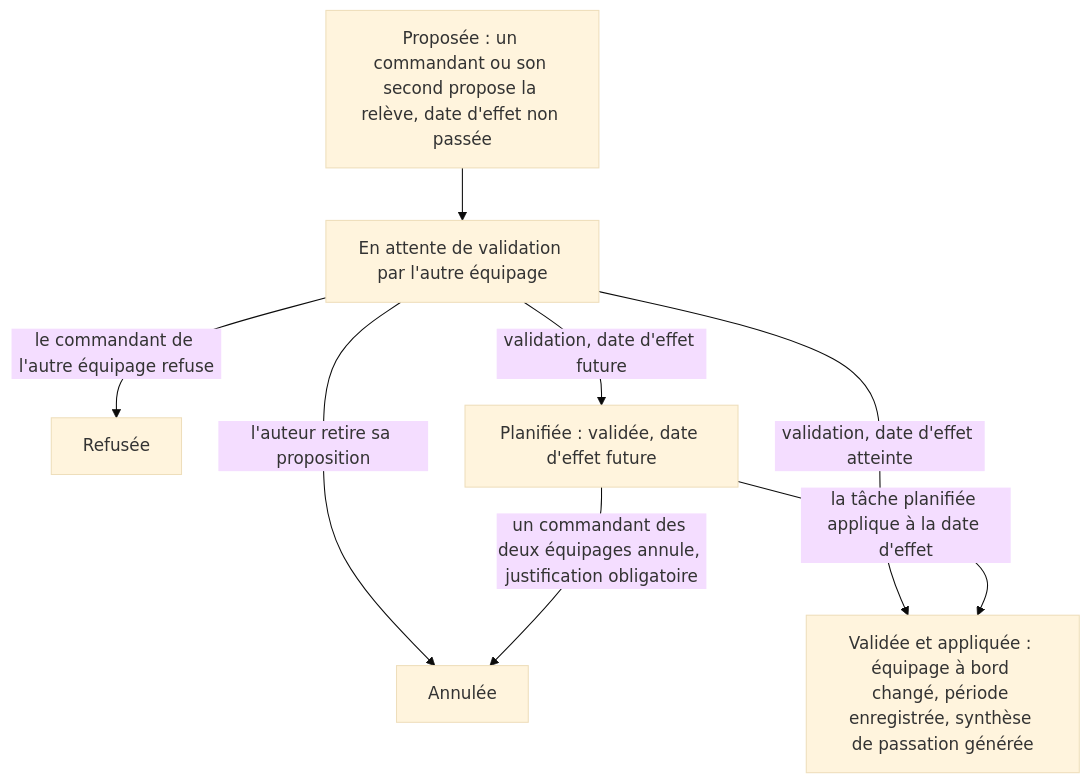
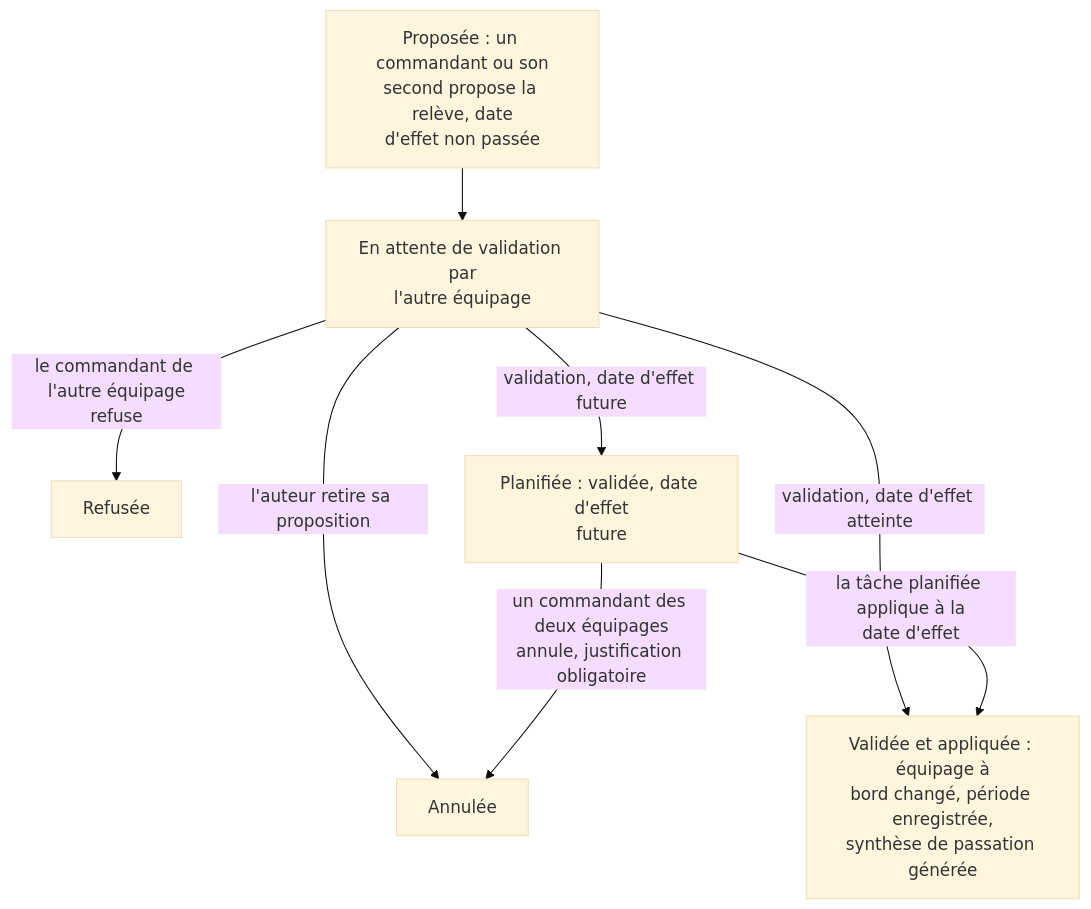
One commit to Mattrix2211/Matrix changed the diagram in docs/dossier-technique/schemas/src/S04_releve_equipage.mmd. Above: the diagram before and after it, drawn with Mermaid (base theme). The commit also changed 68 other files, not shown here.

```diff
--- a/docs/dossier-technique/schemas/src/S04_releve_equipage.mmd
+++ b/docs/dossier-technique/schemas/src/S04_releve_equipage.mmd
@@ -1,14 +1,14 @@
 flowchart TB
-  P["Proposée : un commandant ou son second propose la relève, date d'effet non passée"]
-  EA["En attente de validation par l'autre équipage"]
+  P["Proposée : un commandant ou son<br/>second propose la relève, date<br/>d'effet non passée"]
+  EA["En attente de validation par<br/>l'autre équipage"]
   RF["Refusée"]
   AN["Annulée"]
-  PL["Planifiée : validée, date d'effet future"]
-  VA["Validée et appliquée : équipage à bord changé, période enregistrée, synthèse de passation générée"]
+  PL["Planifiée : validée, date d'effet<br/>future"]
+  VA["Validée et appliquée : équipage à<br/>bord changé, période enregistrée,<br/>synthèse de passation générée"]
   P --> EA
-  EA -->|"le commandant de l'autre équipage refuse"| RF
+  EA -->|"le commandant de l'autre équipage<br/>refuse"| RF
   EA -->|"l'auteur retire sa proposition"| AN
   EA -->|"validation, date d'effet future"| PL
   EA -->|"validation, date d'effet atteinte"| VA
-  PL -->|"la tâche planifiée applique à la date d'effet"| VA
-  PL -->|"un commandant des deux équipages annule, justification obligatoire"| AN
+  PL -->|"la tâche planifiée applique à la<br/>date d'effet"| VA
+  PL -->|"un commandant des deux équipages<br/>annule, justification obligatoire"| AN
```
